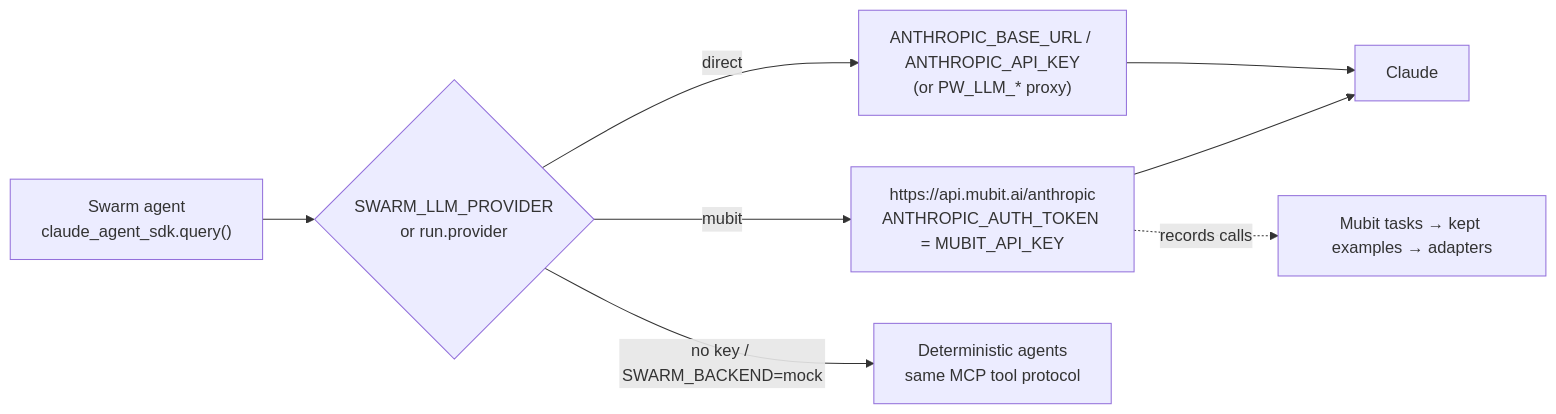
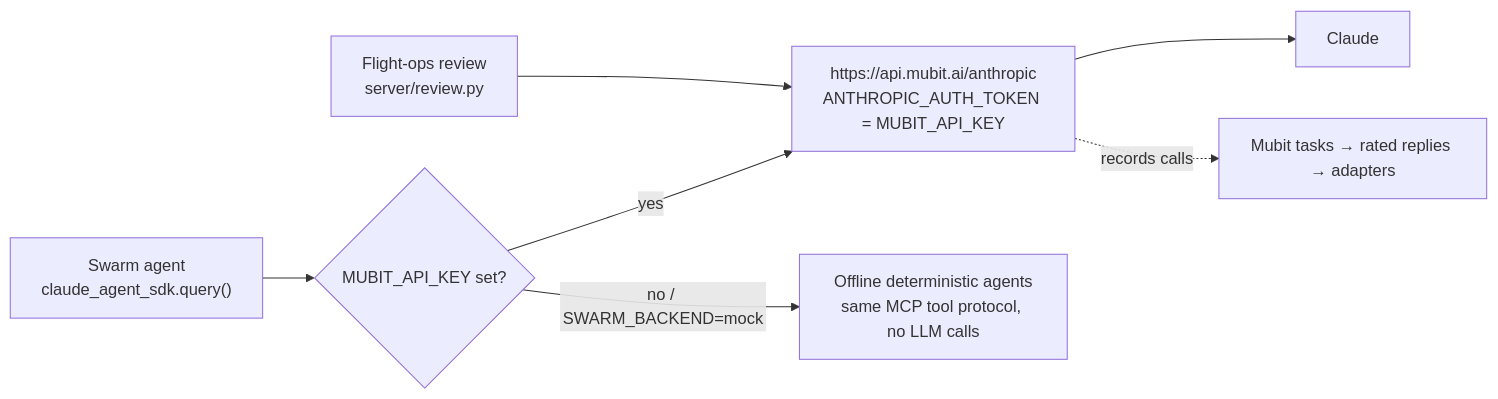
The second of 2 diagrams in docs/ARCHITECTURE.md (hackdavid/swarm-simulator), drawn with Mermaid before and after one commit. The commit also changed other lines of this file and 6 other files, not shown here.

Commit message:
Docs: Mubit-only route, flight-ops review loop, route file errors

````diff
--- a/docs/ARCHITECTURE.md
+++ b/docs/ARCHITECTURE.md
@@ -56,8 +56,8 @@
 ```mermaid
 flowchart LR
-    A["Swarm agent<br/>claude_agent_sdk.query()"] --> B{SWARM_LLM_PROVIDER<br/>or run.provider}
-    B -- direct --> C["ANTHROPIC_BASE_URL / ANTHROPIC_API_KEY<br/>(or PW_LLM_* proxy)"] --> E[Claude]
-    B -- mubit --> D["https://api.mubit.ai/anthropic<br/>ANTHROPIC_AUTH_TOKEN = MUBIT_API_KEY"] --> E
-    D -. records calls .-> F["Mubit tasks → kept examples → adapters"]
-    B -- no key / SWARM_BACKEND=mock --> G["Deterministic agents<br/>same MCP tool protocol"]
+    A["Swarm agent<br/>claude_agent_sdk.query()"] --> K{MUBIT_API_KEY set?}
+    R["Flight-ops review<br/>server/review.py"] --> D
+    K -- yes --> D["https://api.mubit.ai/anthropic<br/>ANTHROPIC_AUTH_TOKEN = MUBIT_API_KEY"] --> E[Claude]
+    D -. records calls .-> F["Mubit tasks → rated replies → adapters"]
+    K -- no / SWARM_BACKEND=mock --> G["Offline deterministic agents<br/>same MCP tool protocol, no LLM calls"]
 ```
````
